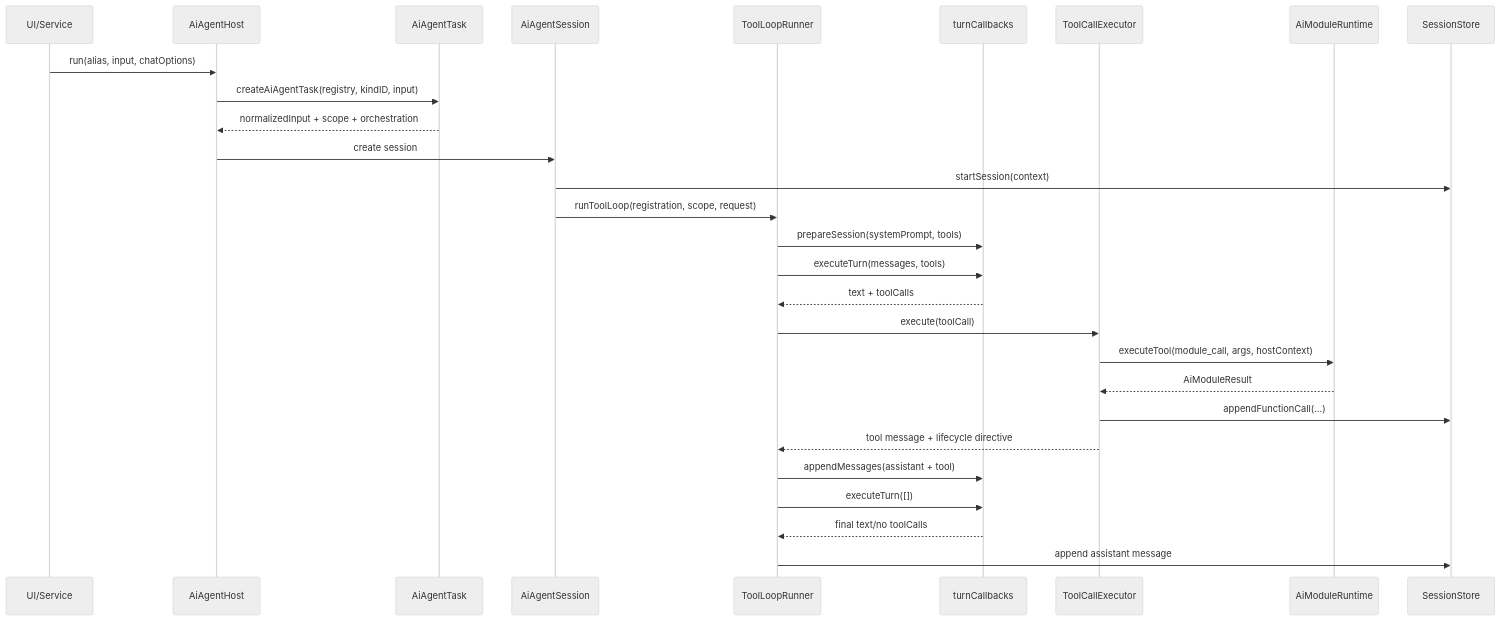
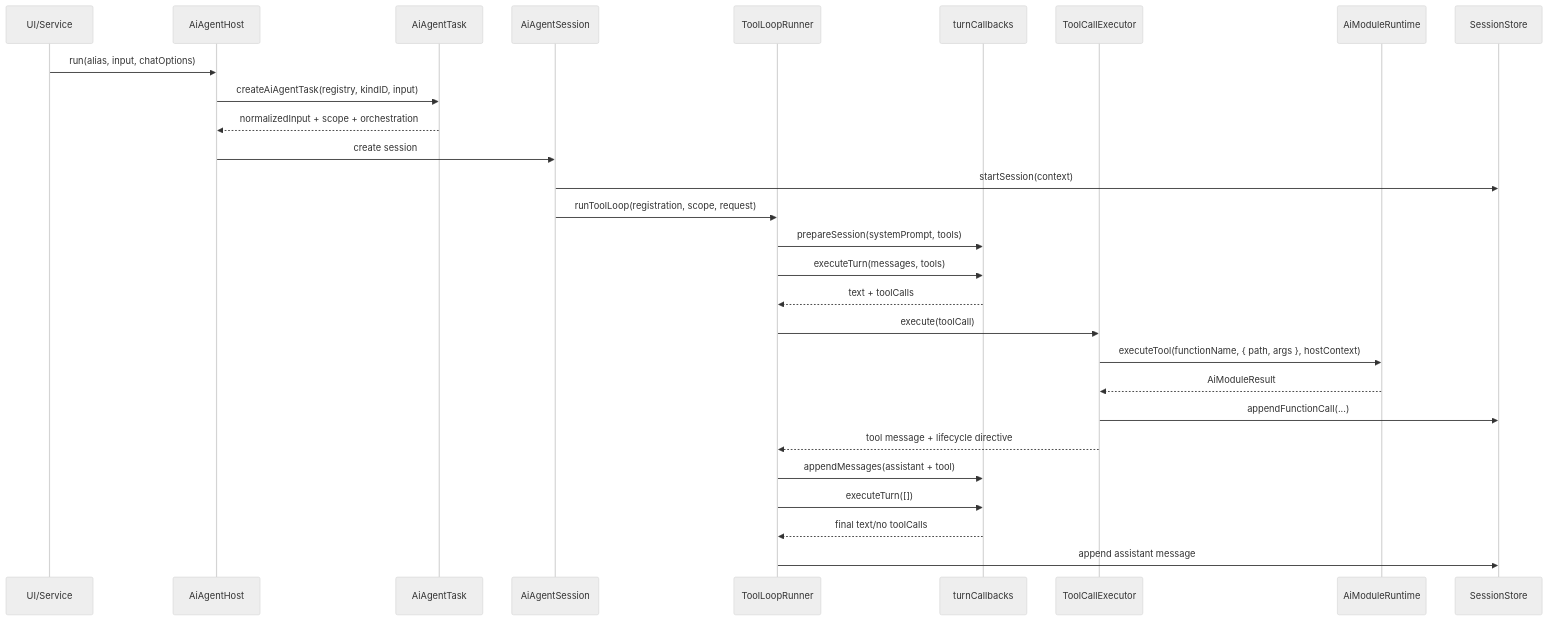
One commit to LMSpark/spark-view-vue changed the fifth of 6 diagrams in docs/ai/spark-ai-registration-usage-guide.md. Above: the diagram before and after it, drawn with Mermaid (neutral theme). The commit also changed other lines of this file and 244 other files, not shown here.

````diff
--- a/docs/ai/spark-ai-registration-usage-guide.md
+++ b/docs/ai/spark-ai-registration-usage-guide.md
@@ -639,31 +640,31 @@
 ```mermaid
 sequenceDiagram
   participant UI as UI/Service
   participant H as AiAgentHost
   participant T as AiAgentTask
   participant S as AiAgentSession
   participant L as ToolLoopRunner
   participant C as turnCallbacks
   participant E as ToolCallExecutor
   participant R as AiModuleRuntime
   participant Store as SessionStore
 
   UI->>H: run(alias, input, chatOptions)
   H->>T: createAiAgentTask(registry, kindID, input)
   T-->>H: normalizedInput + scope + orchestration
   H->>S: create session
   S->>Store: startSession(context)
   S->>L: runToolLoop(registration, scope, request)
   L->>C: prepareSession(systemPrompt, tools)
   L->>C: executeTurn(messages, tools)
   C-->>L: text + toolCalls
   L->>E: execute(toolCall)
-  E->>R: executeTool(module_call, args, hostContext)
+  E->>R: executeTool(functionName, { path, args }, hostContext)
   R-->>E: AiModuleResult
   E->>Store: appendFunctionCall(...)
   E-->>L: tool message + lifecycle directive
   L->>C: appendMessages(assistant + tool)
   L->>C: executeTurn([])
   C-->>L: final text/no toolCalls
   L->>Store: append assistant message
 ```
````
